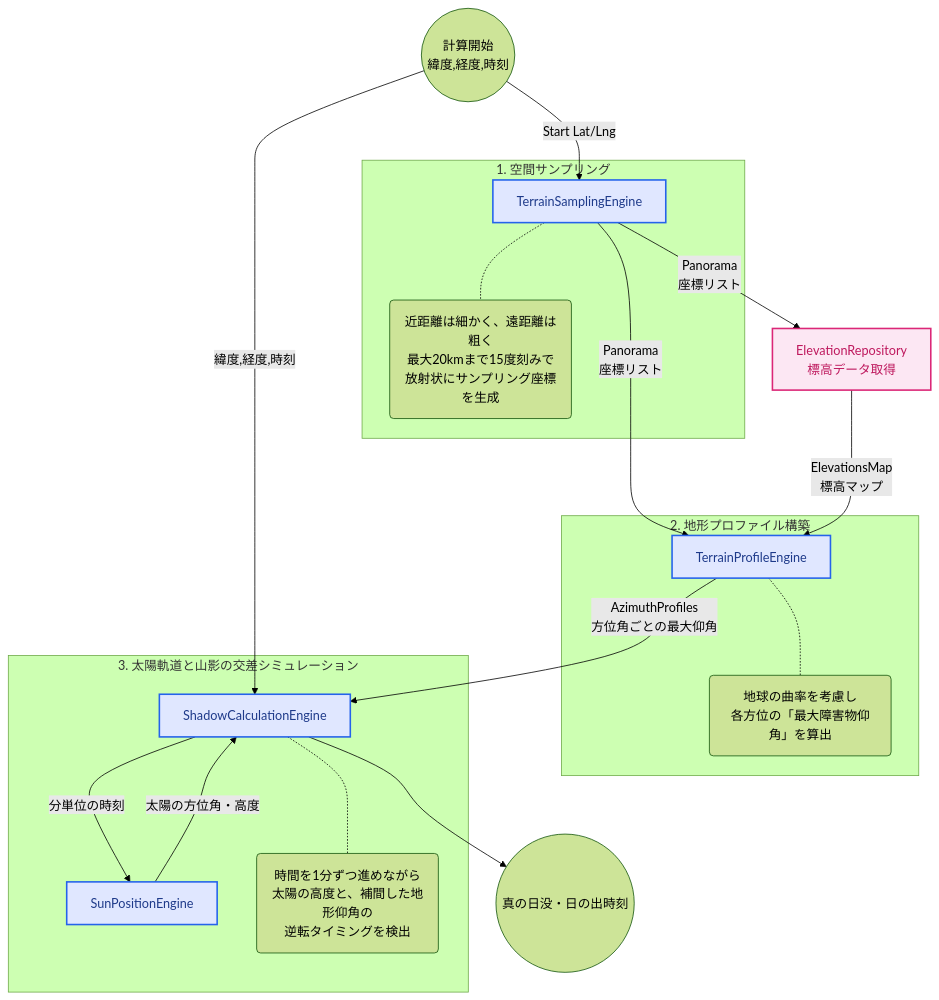
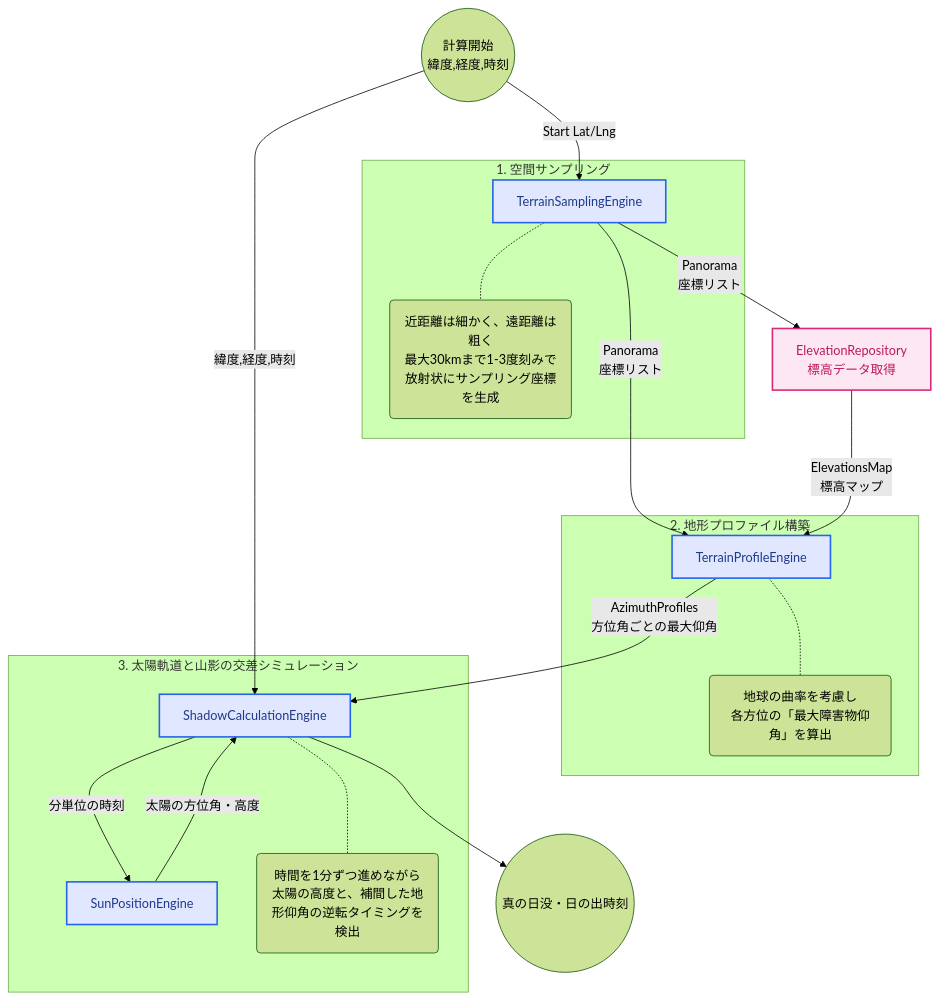
One commit to tomopumipumi/yamakage changed the diagram in docs/architecture/domain-algorithm.jpn.md. Above: the diagram before and after it, drawn with Mermaid (forest theme). The commit also changed other lines of this file and 5 other files, not shown here.

````diff
--- a/docs/architecture/domain-algorithm.jpn.md
+++ b/docs/architecture/domain-algorithm.jpn.md
@@ -4,45 +4,45 @@
 ```mermaid
 flowchart TD
     classDef engine fill:#e0e7ff,stroke:#2563eb,stroke-width:2px,color:#1e3a8a
     classDef data fill:#f3f4f6,stroke:#6b7280,stroke-width:1px,stroke-dasharray: 5 5
     classDef external fill:#fce7f3,stroke:#db2777,stroke-width:2px,color:#be185d
 
     Start((計算開始<br/>緯度,経度,時刻))
 
     subgraph Phase1 [1. 空間サンプリング]
         TSE[TerrainSamplingEngine]:::engine
-        Note1(近距離は細かく、遠距離は粗く<br/>最大20kmまで15度刻みで放射状にサンプリング座標を生成)
+        Note1(近距離は細かく、遠距離は粗く<br/>最大30kmまで1-3度刻みで放射状にサンプリング座標を生成)
         TSE -.- Note1
     end
 
     Repo[ElevationRepository<br/>標高データ取得]:::external
 
     subgraph Phase2 [2. 地形プロファイル構築]
         TPE[TerrainProfileEngine]:::engine
         Note2(地球の曲率を考慮し<br/>各方位の「最大障害物仰角」を算出)
         TPE -.- Note2
     end
 
     subgraph Phase3 [3. 太陽軌道と山影の交差シミュレーション]
         SCE[ShadowCalculationEngine]:::engine
         SPE[SunPositionEngine]:::engine
-        Note3(時間を1分ずつ進めながら<br/>太陽の高度と、補間した地形仰角の<br/>逆転タイミングを検出)
+        Note3(時間を1分ずつ進めながら太陽の高度と、補間した地形仰角の逆転タイミングを検出)
         
         SCE --> |分単位の時刻| SPE
         SPE --> |太陽の方位角・高度| SCE
         SCE -.- Note3
     end
 
     End((真の日没・日の出時刻))
 
     Start --> |Start Lat/Lng| TSE
     TSE --> |Panorama<br/>座標リスト| Repo
     
     TSE --> |Panorama<br/>座標リスト| TPE
     Repo --> |ElevationsMap<br/>標高マップ| TPE
     
     TPE --> |AzimuthProfiles<br/>方位角ごとの最大仰角| SCE
     Start --> |緯度,経度,時刻| SCE
     
     SCE --> End
 ```
````
